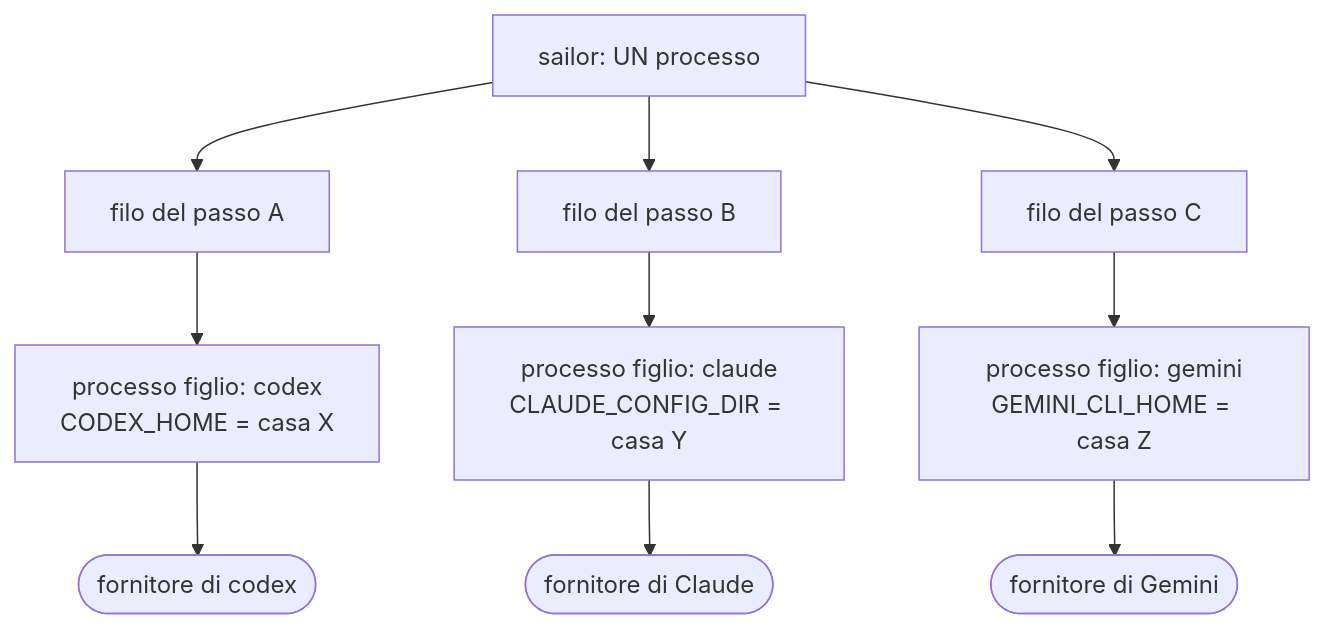
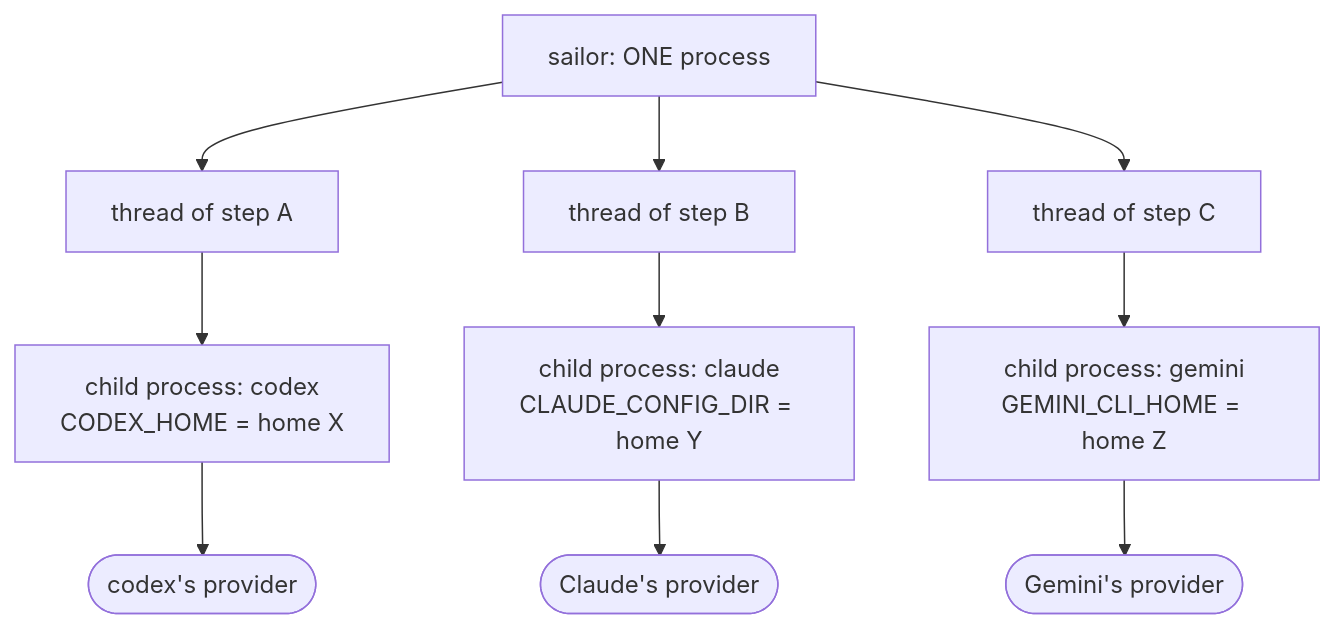
One commit to SIRTHEO/sailor changed the first of 6 diagrams in docs/how-credentials-reach-the-engines.md. Above: the diagram before and after it, drawn with Mermaid. The commit also changed other lines of this file, not shown here.

````diff
--- a/docs/how-credentials-reach-the-engines.md
+++ b/docs/how-credentials-reach-the-engines.md
@@ -17,13 +17,13 @@
 ```mermaid
 flowchart TD
-    F["sailor: UN processo"]
-    F --> T1["filo del passo A"]
-    F --> T2["filo del passo B"]
-    F --> T3["filo del passo C"]
-    T1 --> P1["processo figlio: codex<br/>CODEX_HOME = casa X"]
-    T2 --> P2["processo figlio: claude<br/>CLAUDE_CONFIG_DIR = casa Y"]
-    T3 --> P3["processo figlio: gemini<br/>GEMINI_CLI_HOME = casa Z"]
-    P1 --> A1(["fornitore di codex"])
-    P2 --> A2(["fornitore di Claude"])
-    P3 --> A3(["fornitore di Gemini"])
+    F["sailor: ONE process"]
+    F --> T1["thread of step A"]
+    F --> T2["thread of step B"]
+    F --> T3["thread of step C"]
+    T1 --> P1["child process: codex<br/>CODEX_HOME = home X"]
+    T2 --> P2["child process: claude<br/>CLAUDE_CONFIG_DIR = home Y"]
+    T3 --> P3["child process: gemini<br/>GEMINI_CLI_HOME = home Z"]
+    P1 --> A1(["codex's provider"])
+    P2 --> A2(["Claude's provider"])
+    P3 --> A3(["Gemini's provider"])
 ```
````
